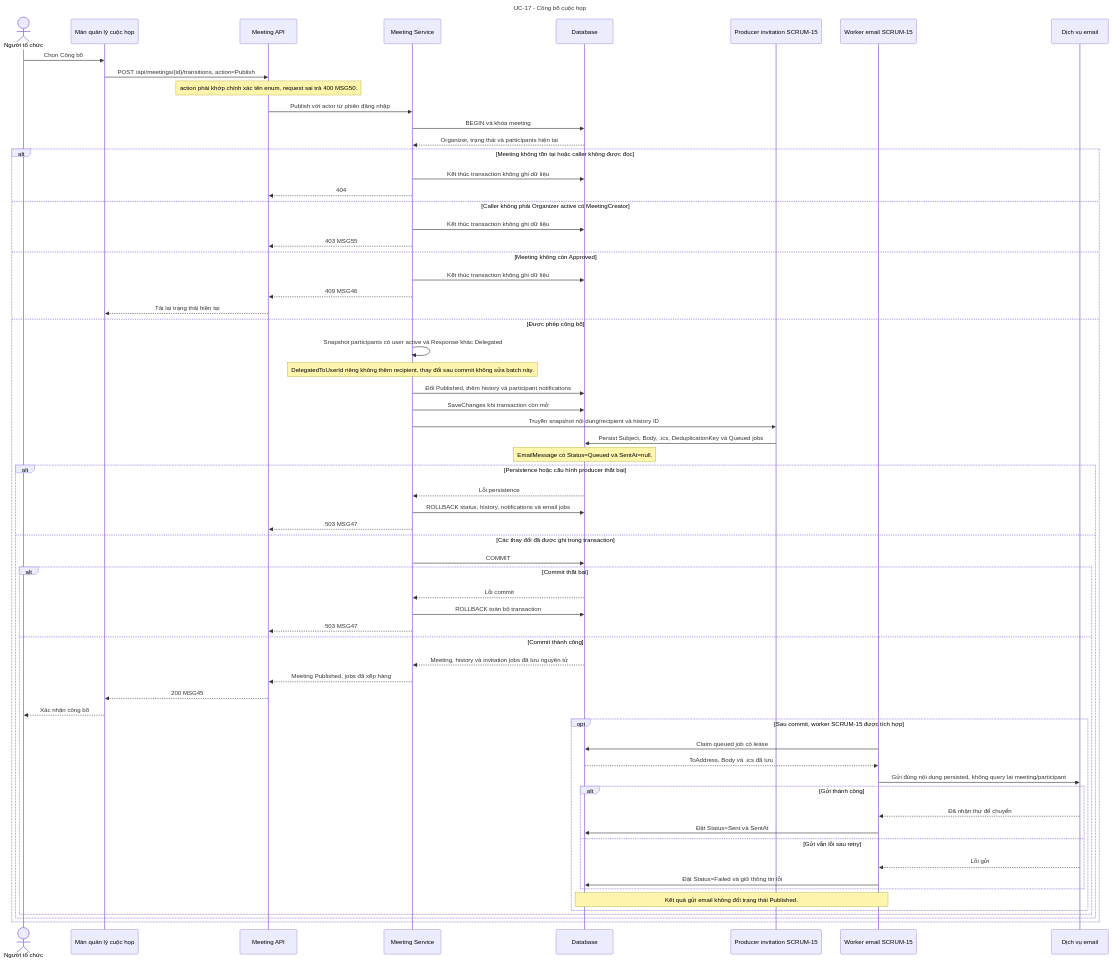
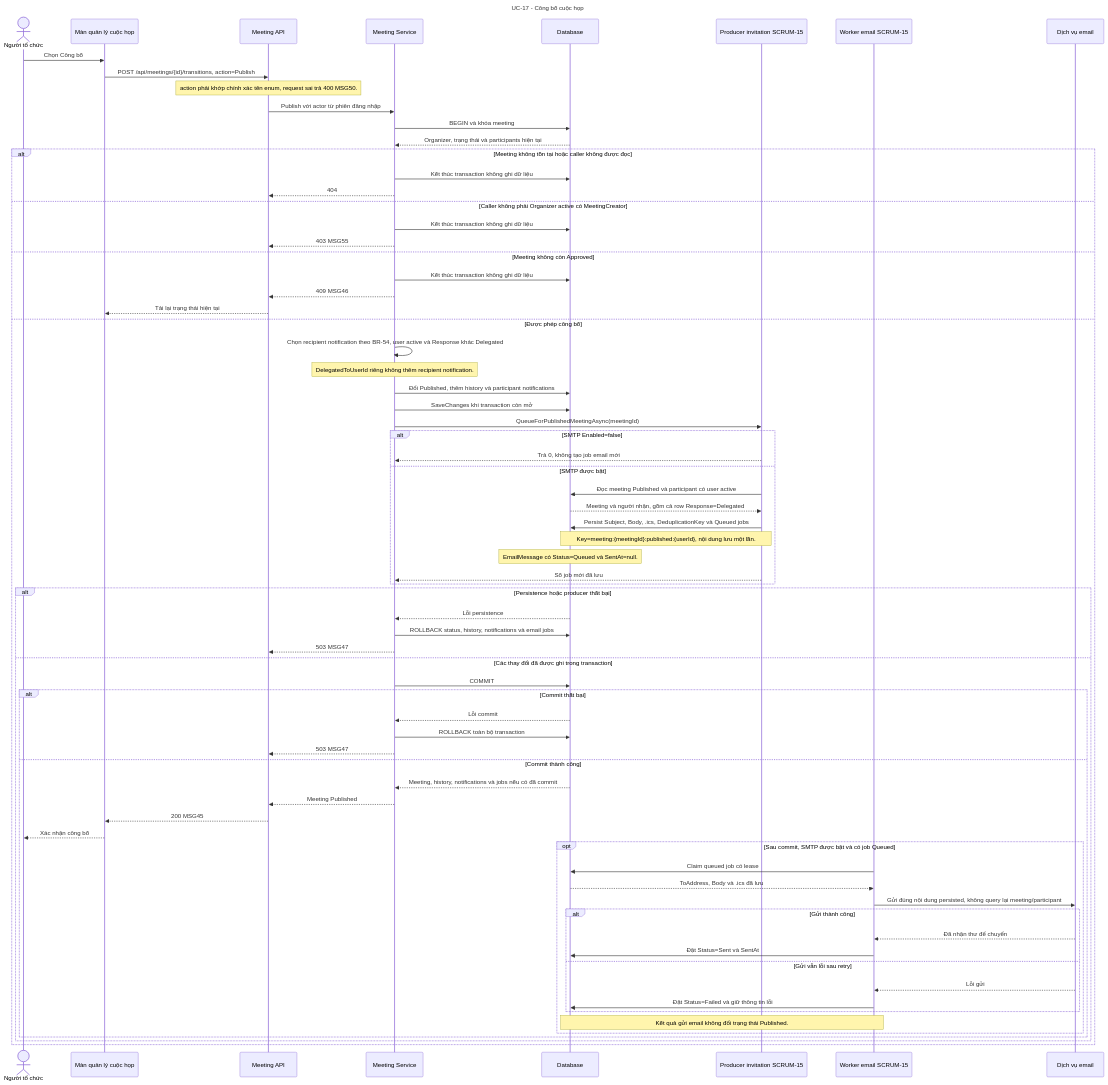
Before and after one commit to callmehai/FU-FA26-G116: the diagram in docs/assets/diagrams/meeting-management/PublishMeeting.mmd, drawn with Mermaid. The commit also changed 19 other files, not shown here.

First line of the commit message:
Gate invitation queue on SMTP status

```diff
--- a/docs/assets/diagrams/meeting-management/PublishMeeting.mmd
+++ b/docs/assets/diagrams/meeting-management/PublishMeeting.mmd
@@ -1,68 +1,76 @@
 sequenceDiagram
     title UC-17 - Công bố cuộc họp
     actor Organizer as Người tổ chức
     participant Page as Màn quản lý cuộc họp
     participant API as Meeting API
     participant Service as Meeting Service
     participant DB as Database
     participant Producer as Producer invitation SCRUM-15
     participant Worker as Worker email SCRUM-15
     participant Email as Dịch vụ email
 
     Organizer->>Page: Chọn Công bố
     Page->>API: POST /api/meetings/{id}/transitions, action=Publish
     Note over API: action phải khớp chính xác tên enum, request sai trả 400 MSG50.
     API->>Service: Publish với actor từ phiên đăng nhập
     Service->>DB: BEGIN và khóa meeting
     DB-->>Service: Organizer, trạng thái và participants hiện tại
 
     alt Meeting không tồn tại hoặc caller không được đọc
         Service->>DB: Kết thúc transaction không ghi dữ liệu
         Service-->>API: 404
     else Caller không phải Organizer active có MeetingCreator
         Service->>DB: Kết thúc transaction không ghi dữ liệu
         Service-->>API: 403 MSG55
     else Meeting không còn Approved
         Service->>DB: Kết thúc transaction không ghi dữ liệu
         Service-->>API: 409 MSG46
         API-->>Page: Tải lại trạng thái hiện tại
     else Được phép công bố
-        Service->>Service: Snapshot participants có user active và Response khác Delegated
-        Note over Service: DelegatedToUserId riêng không thêm recipient, thay đổi sau commit không sửa batch này.
+        Service->>Service: Chọn recipient notification theo BR-54, user active và Response khác Delegated
+        Note over Service: DelegatedToUserId riêng không thêm recipient notification.
         Service->>DB: Đổi Published, thêm history và participant notifications
         Service->>DB: SaveChanges khi transaction còn mở
-        Service->>Producer: Truyền snapshot nội dung/recipient và history ID
-        Producer->>DB: Persist Subject, Body, .ics, DeduplicationKey và Queued jobs
-        Note over DB: EmailMessage có Status=Queued và SentAt=null.
-        alt Persistence hoặc cấu hình producer thất bại
+        Service->>Producer: QueueForPublishedMeetingAsync(meetingId)
+        alt SMTP Enabled=false
+            Producer-->>Service: Trả 0, không tạo job email mới
+        else SMTP được bật
+            Producer->>DB: Đọc meeting Published và participant có user active
+            DB-->>Producer: Meeting và người nhận, gồm cả row Response=Delegated
+            Producer->>DB: Persist Subject, Body, .ics, DeduplicationKey và Queued jobs
+            Note over Producer,DB: Key=meeting:{meetingId}:published:{userId}, nội dung lưu một lần.
+            Note over DB: EmailMessage có Status=Queued và SentAt=null.
+            Producer-->>Service: Số job mới đã lưu
+        end
+        alt Persistence hoặc producer thất bại
             DB-->>Service: Lỗi persistence
             Service->>DB: ROLLBACK status, history, notifications và email jobs
             Service-->>API: 503 MSG47
         else Các thay đổi đã được ghi trong transaction
             Service->>DB: COMMIT
             alt Commit thất bại
                 DB-->>Service: Lỗi commit
                 Service->>DB: ROLLBACK toàn bộ transaction
                 Service-->>API: 503 MSG47
             else Commit thành công
-                DB-->>Service: Meeting, history và invitation jobs đã lưu nguyên tử
-                Service-->>API: Meeting Published, jobs đã xếp hàng
+                DB-->>Service: Meeting, history, notifications và jobs nếu có đã commit
+                Service-->>API: Meeting Published
                 API-->>Page: 200 MSG45
                 Page-->>Organizer: Xác nhận công bố
 
-                opt Sau commit, worker SCRUM-15 được tích hợp
+                opt Sau commit, SMTP được bật và có job Queued
                     Worker->>DB: Claim queued job có lease
                     DB-->>Worker: ToAddress, Body và .ics đã lưu
                     Worker->>Email: Gửi đúng nội dung persisted, không query lại meeting/participant
                     alt Gửi thành công
                         Email-->>Worker: Đã nhận thư để chuyển
                         Worker->>DB: Đặt Status=Sent và SentAt
                     else Gửi vẫn lỗi sau retry
                         Email-->>Worker: Lỗi gửi
                         Worker->>DB: Đặt Status=Failed và giữ thông tin lỗi
                     end
                     Note over Worker,DB: Kết quả gửi email không đổi trạng thái Published.
                 end
             end
         end
     end
```
